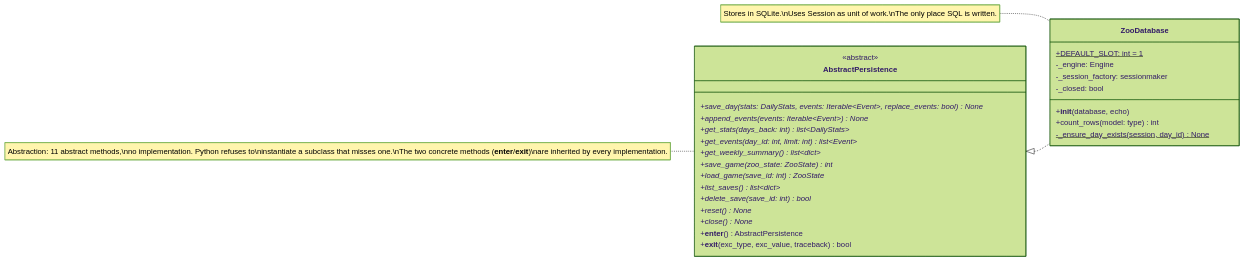
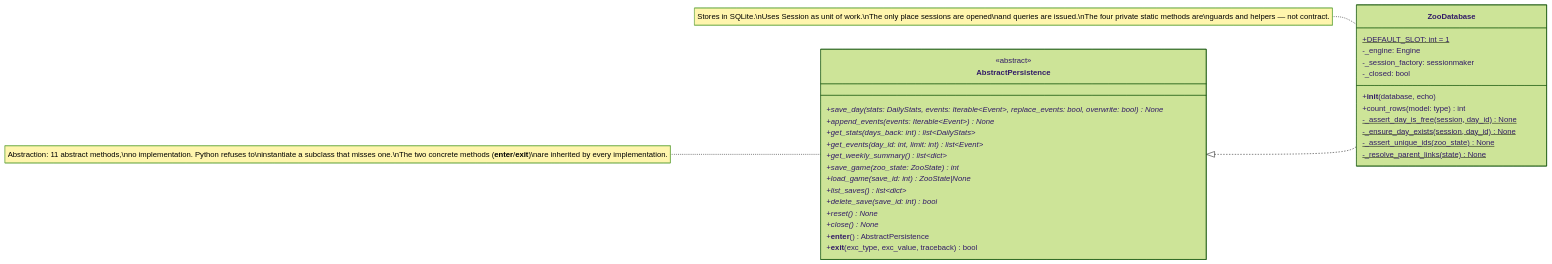
One commit to justforaprogramm/vivizoo changed the second of 5 diagrams in db/docs/uml_class_diagram.md. Above: the diagram before and after it, drawn with Mermaid (forest theme). The commit also changed other lines of this file and 32 other files, not shown here.

````diff
--- a/db/docs/uml_class_diagram.md
+++ b/db/docs/uml_class_diagram.md
@@ -97,36 +114,39 @@
 ```mermaid
 classDiagram
     direction LR
 
     class AbstractPersistence {
         <<abstract>>
-        +save_day(stats: DailyStats, events: Iterable~Event~, replace_events: bool) None*
+        +save_day(stats: DailyStats, events: Iterable~Event~, replace_events: bool, overwrite: bool) None*
         +append_events(events: Iterable~Event~) None*
         +get_stats(days_back: int) list~DailyStats~*
         +get_events(day_id: int, limit: int) list~Event~*
         +get_weekly_summary() list~dict~*
         +save_game(zoo_state: ZooState) int*
-        +load_game(save_id: int) ZooState*
+        +load_game(save_id: int) ZooState|None*
         +list_saves() list~dict~*
         +delete_save(save_id: int) bool*
         +reset() None*
         +close() None*
         +__enter__() AbstractPersistence
         +__exit__(exc_type, exc_value, traceback) bool
     }
 
     class ZooDatabase {
         +DEFAULT_SLOT: int = 1$
         -_engine: Engine
         -_session_factory: sessionmaker
         -_closed: bool
         +__init__(database, echo)
         +count_rows(model: type) int
+        -_assert_day_is_free(session, day_id)$ None
         -_ensure_day_exists(session, day_id)$ None
+        -_assert_unique_ids(zoo_state)$ None
+        -_resolve_parent_links(state)$ None
     }
 
     AbstractPersistence <|.. ZooDatabase
 
     note for AbstractPersistence "Abstraction: 11 abstract methods,\nno implementation. Python refuses to\ninstantiate a subclass that misses one.\nThe two concrete methods (__enter__/__exit__)\nare inherited by every implementation."
-    note for ZooDatabase "Stores in SQLite.\nUses Session as unit of work.\nThe only place SQL is written."
+    note for ZooDatabase "Stores in SQLite.\nUses Session as unit of work.\nThe only place sessions are opened\nand queries are issued.\nThe four private static methods are\nguards and helpers — not contract."
 ```
````
